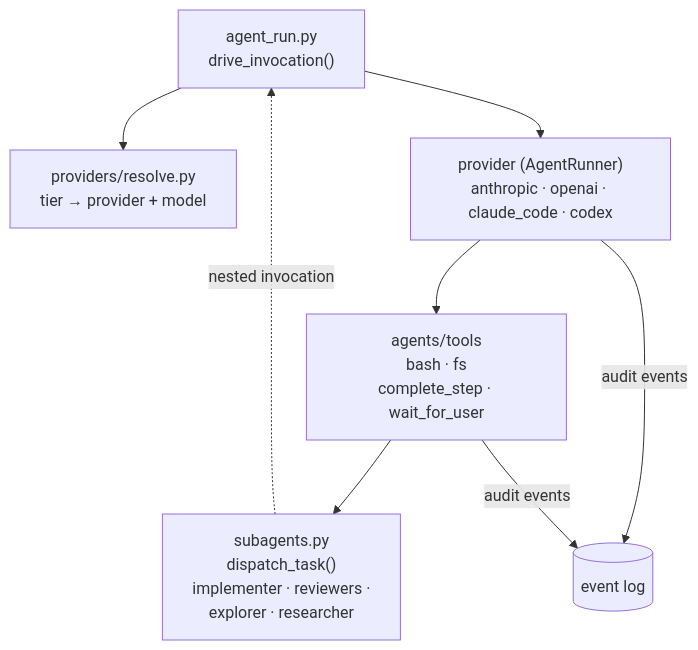
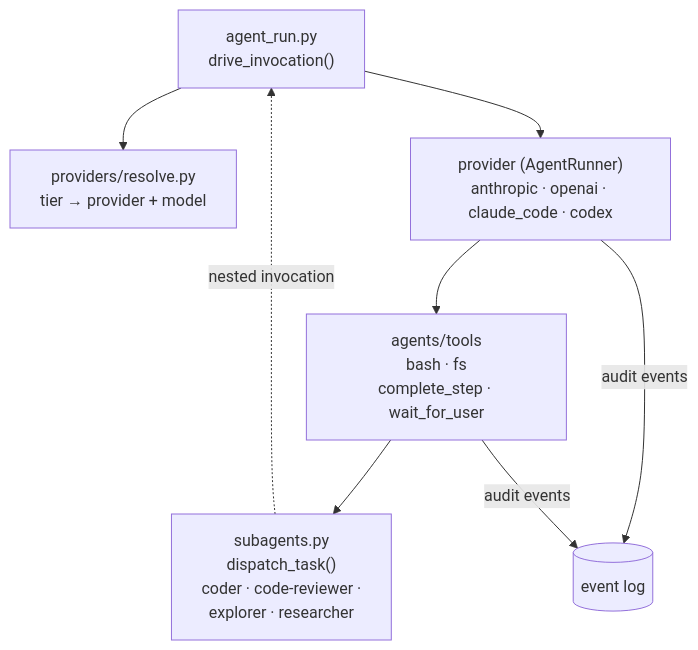
One commit to jpoimboe/imp changed the third of 13 diagrams in docs/internals/architecture.md. Above: the diagram before and after it, drawn with Mermaid. The commit also changed other lines of this file and 1 other file, not shown here.

Commit message:
docs(architecture): name coder and code-reviewer in the subagent examples
Quest: rufo96

````diff
--- a/docs/internals/architecture.md
+++ b/docs/internals/architecture.md
@@ -62,10 +62,10 @@
 ```mermaid
 flowchart TB
   AR["agent_run.py<br/>drive_invocation()"] --> RES["providers/resolve.py<br/>tier → provider + model"]
   AR --> PROV["provider (AgentRunner)<br/>anthropic · openai · claude_code · codex"]
   PROV --> TOOLS["agents/tools<br/>bash · fs<br/>complete_step · wait_for_user"]
-  TOOLS --> SUB["subagents.py<br/>dispatch_task()<br/>implementer · reviewers ·<br/>explorer · researcher"]
+  TOOLS --> SUB["subagents.py<br/>dispatch_task()<br/>coder · code-reviewer ·<br/>explorer · researcher"]
   SUB -.->|"nested invocation"| AR
   PROV -->|"audit events"| LOG[("event log")]
   TOOLS -->|"audit events"| LOG
 ```
````
